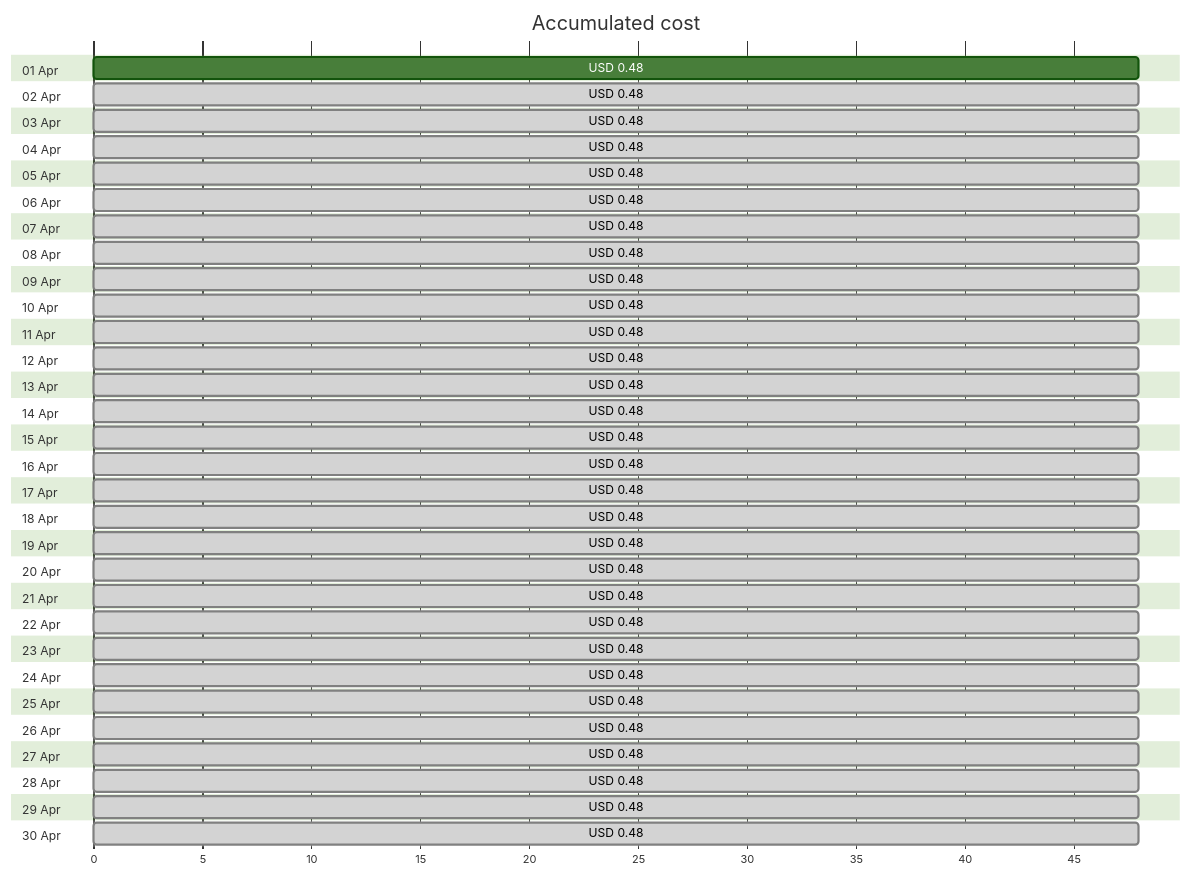
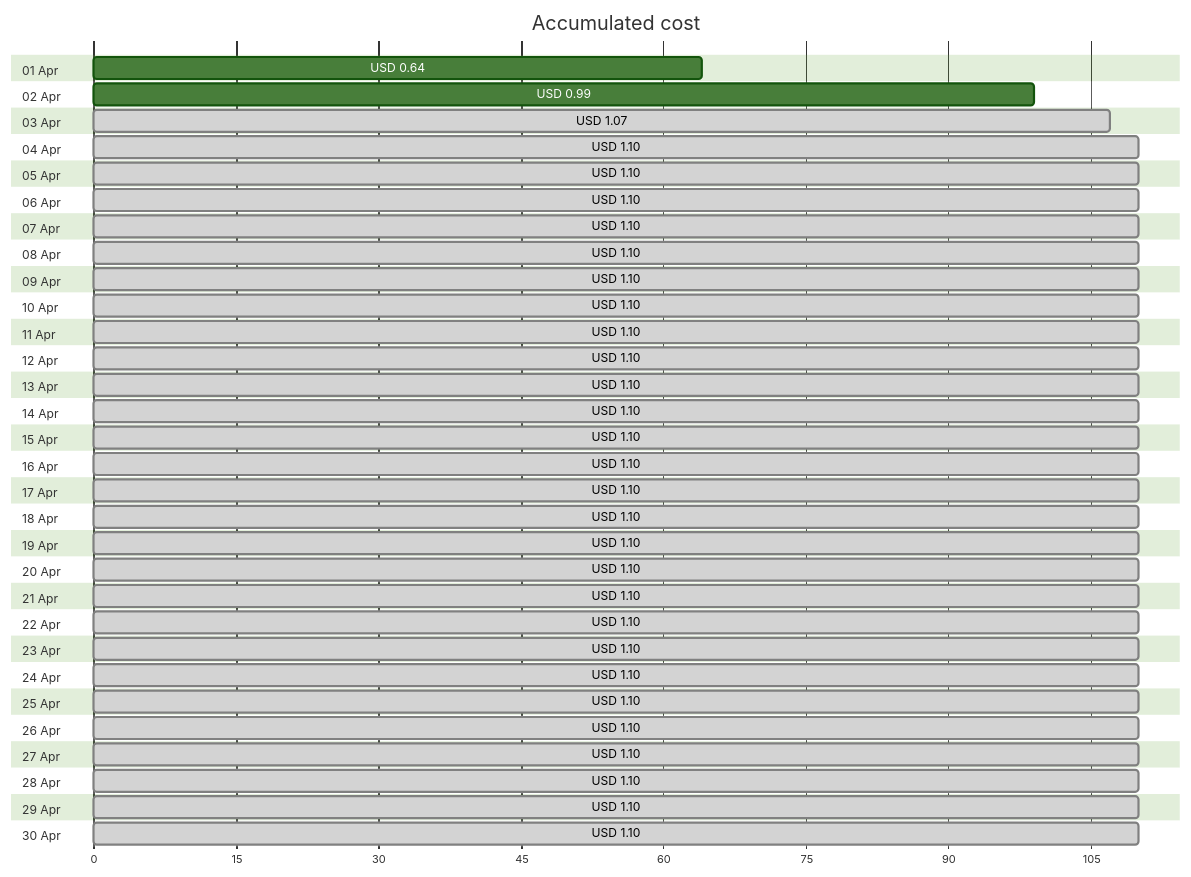
Before and after one commit to jpfulton/azure-personal-reports: the first of 4 diagrams in cost-reports/accumulated-cost.md, drawn with Mermaid (forest theme). The commit also changed other lines of this file and 4 other files, not shown here.

````diff
--- a/cost-reports/accumulated-cost.md
+++ b/cost-reports/accumulated-cost.md
@@ -20,66 +20,66 @@
 ```mermaid
 gantt
    title Accumulated cost
    dateFormat  X
    axisFormat %s
    section 01 Apr
-   USD 0.48 :0, 48
+   USD 0.64 :0, 64
    section 02 Apr
-   USD 0.48 : done, 0, 48
+   USD 0.99 :0, 99
    section 03 Apr
-   USD 0.48 : done, 0, 48
+   USD 1.07 : done, 0, 107
    section 04 Apr
-   USD 0.48 : done, 0, 48
+   USD 1.10 : done, 0, 110
    section 05 Apr
-   USD 0.48 : done, 0, 48
+   USD 1.10 : done, 0, 110
    section 06 Apr
-   USD 0.48 : done, 0, 48
+   USD 1.10 : done, 0, 110
    section 07 Apr
-   USD 0.48 : done, 0, 48
+   USD 1.10 : done, 0, 110
    section 08 Apr
-   USD 0.48 : done, 0, 48
+   USD 1.10 : done, 0, 110
    section 09 Apr
-   USD 0.48 : done, 0, 48
+   USD 1.10 : done, 0, 110
    section 10 Apr
-   USD 0.48 : done, 0, 48
+   USD 1.10 : done, 0, 110
    section 11 Apr
-   USD 0.48 : done, 0, 48
+   USD 1.10 : done, 0, 110
    section 12 Apr
-   USD 0.48 : done, 0, 48
+   USD 1.10 : done, 0, 110
    section 13 Apr
-   USD 0.48 : done, 0, 48
+   USD 1.10 : done, 0, 110
    section 14 Apr
-   USD 0.48 : done, 0, 48
+   USD 1.10 : done, 0, 110
    section 15 Apr
-   USD 0.48 : done, 0, 48
+   USD 1.10 : done, 0, 110
    section 16 Apr
-   USD 0.48 : done, 0, 48
+   USD 1.10 : done, 0, 110
    section 17 Apr
-   USD 0.48 : done, 0, 48
+   USD 1.10 : done, 0, 110
    section 18 Apr
-   USD 0.48 : done, 0, 48
+   USD 1.10 : done, 0, 110
    section 19 Apr
-   USD 0.48 : done, 0, 48
+   USD 1.10 : done, 0, 110
    section 20 Apr
-   USD 0.48 : done, 0, 48
+   USD 1.10 : done, 0, 110
    section 21 Apr
-   USD 0.48 : done, 0, 48
+   USD 1.10 : done, 0, 110
    section 22 Apr
-   USD 0.48 : done, 0, 48
+   USD 1.10 : done, 0, 110
    section 23 Apr
-   USD 0.48 : done, 0, 48
+   USD 1.10 : done, 0, 110
    section 24 Apr
-   USD 0.48 : done, 0, 48
+   USD 1.10 : done, 0, 110
    section 25 Apr
-   USD 0.48 : done, 0, 48
+   USD 1.10 : done, 0, 110
    section 26 Apr
-   USD 0.48 : done, 0, 48
+   USD 1.10 : done, 0, 110
    section 27 Apr
-   USD 0.48 : done, 0, 48
+   USD 1.10 : done, 0, 110
    section 28 Apr
-   USD 0.48 : done, 0, 48
+   USD 1.10 : done, 0, 110
    section 29 Apr
-   USD 0.48 : done, 0, 48
+   USD 1.10 : done, 0, 110
    section 30 Apr
-   USD 0.48 : done, 0, 48
+   USD 1.10 : done, 0, 110
 ```
````
